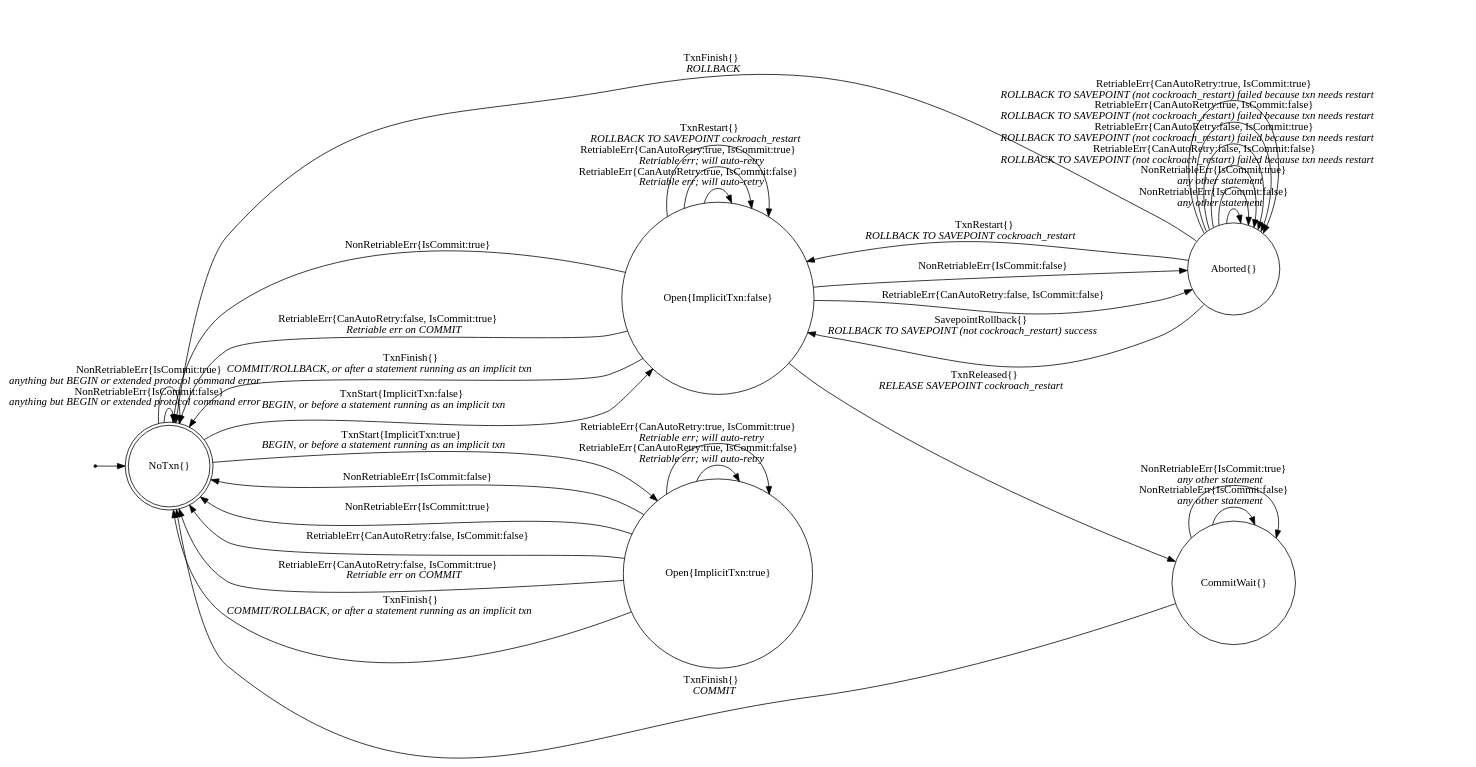
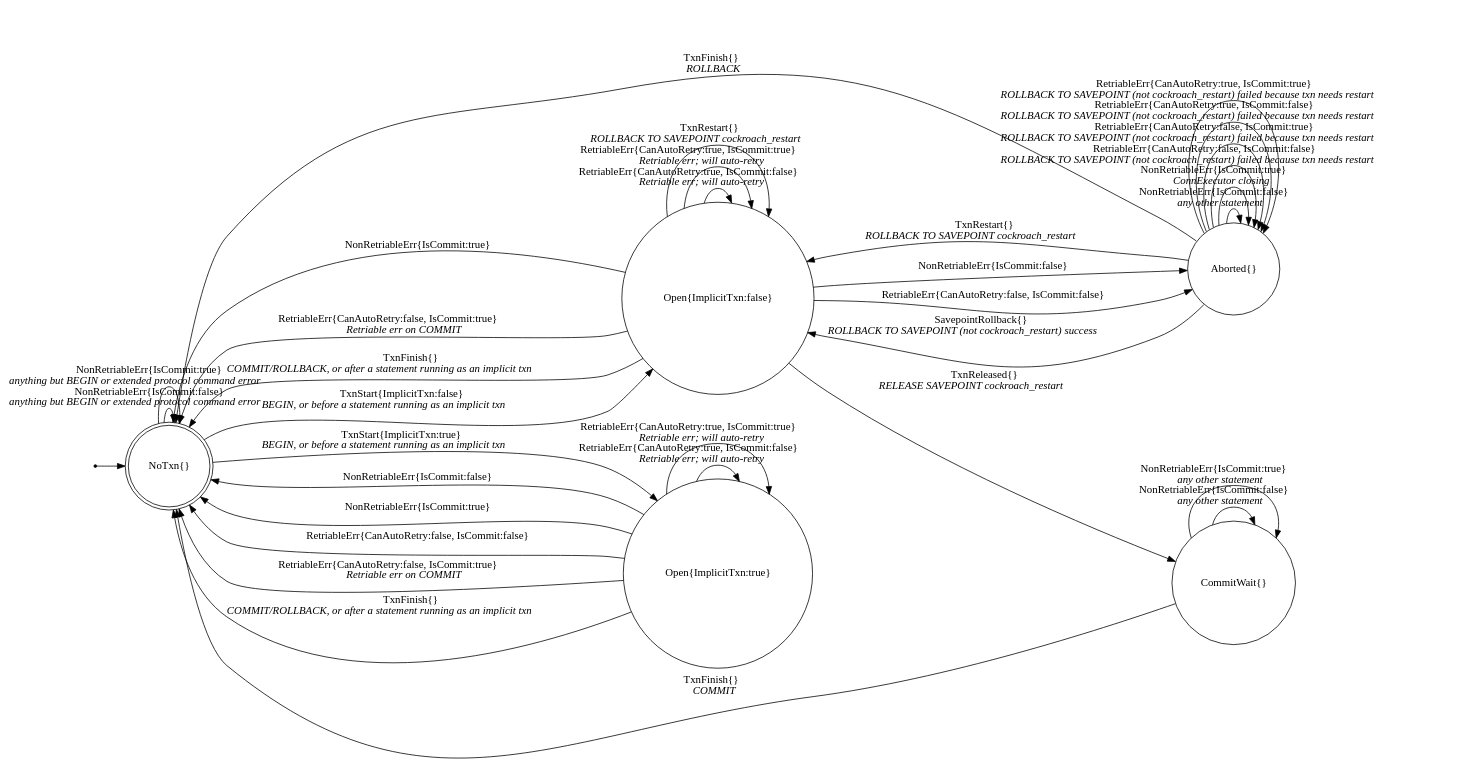
Before and after one commit to cockroachdb/cockroach: the diagram in pkg/sql/txnstatetransitions_diagram.gv, drawn with Graphviz. The commit also changed 3 other files, not shown here.

```diff
--- a/pkg/sql/txnstatetransitions_diagram.gv
+++ b/pkg/sql/txnstatetransitions_diagram.gv
@@ -1,48 +1,48 @@
 // Code generated by "../util/fsm/gen/reports.sh TxnStateTransitions stateNoTxn"; DO NOT EDIT.
 // To generate a .png file, run:
 // brew install cairo pango
 // brew install graphviz --with-pango
 // dot -Tpng txnstatetransitions_diagram.gv -o txnstatetransitions_diagram.png".
 
 // The Pango/Cairo renderer is needed for rendering our HTML labels.
 digraph finite_state_machine {
 	rankdir=LR;
 
 	node [shape = doublecircle]; "NoTxn{}";
 	node [shape = point ]; qi
 	qi -> "NoTxn{}";
 
 	node [shape = circle];
 	"Aborted{}" -> "Aborted{}" [label = <NonRetriableErr{IsCommit:false}<BR/><I>any other statement</I>>]
-	"Aborted{}" -> "Aborted{}" [label = <NonRetriableErr{IsCommit:true}<BR/><I>any other statement</I>>]
+	"Aborted{}" -> "Aborted{}" [label = <NonRetriableErr{IsCommit:true}<BR/><I>ConnExecutor closing</I>>]
 	"Aborted{}" -> "Aborted{}" [label = <RetriableErr{CanAutoRetry:false, IsCommit:false}<BR/><I>ROLLBACK TO SAVEPOINT (not cockroach_restart) failed because txn needs restart</I>>]
 	"Aborted{}" -> "Aborted{}" [label = <RetriableErr{CanAutoRetry:false, IsCommit:true}<BR/><I>ROLLBACK TO SAVEPOINT (not cockroach_restart) failed because txn needs restart</I>>]
 	"Aborted{}" -> "Aborted{}" [label = <RetriableErr{CanAutoRetry:true, IsCommit:false}<BR/><I>ROLLBACK TO SAVEPOINT (not cockroach_restart) failed because txn needs restart</I>>]
 	"Aborted{}" -> "Aborted{}" [label = <RetriableErr{CanAutoRetry:true, IsCommit:true}<BR/><I>ROLLBACK TO SAVEPOINT (not cockroach_restart) failed because txn needs restart</I>>]
 	"Aborted{}" -> "Open{ImplicitTxn:false}" [label = <SavepointRollback{}<BR/><I>ROLLBACK TO SAVEPOINT (not cockroach_restart) success</I>>]
 	"Aborted{}" -> "NoTxn{}" [label = <TxnFinish{}<BR/><I>ROLLBACK</I>>]
 	"Aborted{}" -> "Open{ImplicitTxn:false}" [label = <TxnRestart{}<BR/><I>ROLLBACK TO SAVEPOINT cockroach_restart</I>>]
 	"CommitWait{}" -> "CommitWait{}" [label = <NonRetriableErr{IsCommit:false}<BR/><I>any other statement</I>>]
 	"CommitWait{}" -> "CommitWait{}" [label = <NonRetriableErr{IsCommit:true}<BR/><I>any other statement</I>>]
 	"CommitWait{}" -> "NoTxn{}" [label = <TxnFinish{}<BR/><I>COMMIT</I>>]
 	"NoTxn{}" -> "NoTxn{}" [label = <NonRetriableErr{IsCommit:false}<BR/><I>anything but BEGIN or extended protocol command error</I>>]
 	"NoTxn{}" -> "NoTxn{}" [label = <NonRetriableErr{IsCommit:true}<BR/><I>anything but BEGIN or extended protocol command error</I>>]
 	"NoTxn{}" -> "Open{ImplicitTxn:false}" [label = <TxnStart{ImplicitTxn:false}<BR/><I>BEGIN, or before a statement running as an implicit txn</I>>]
 	"NoTxn{}" -> "Open{ImplicitTxn:true}" [label = <TxnStart{ImplicitTxn:true}<BR/><I>BEGIN, or before a statement running as an implicit txn</I>>]
 	"Open{ImplicitTxn:false}" -> "Aborted{}" [label = "NonRetriableErr{IsCommit:false}"]
 	"Open{ImplicitTxn:false}" -> "NoTxn{}" [label = "NonRetriableErr{IsCommit:true}"]
 	"Open{ImplicitTxn:false}" -> "Aborted{}" [label = "RetriableErr{CanAutoRetry:false, IsCommit:false}"]
 	"Open{ImplicitTxn:false}" -> "NoTxn{}" [label = <RetriableErr{CanAutoRetry:false, IsCommit:true}<BR/><I>Retriable err on COMMIT</I>>]
 	"Open{ImplicitTxn:false}" -> "Open{ImplicitTxn:false}" [label = <RetriableErr{CanAutoRetry:true, IsCommit:false}<BR/><I>Retriable err; will auto-retry</I>>]
 	"Open{ImplicitTxn:false}" -> "Open{ImplicitTxn:false}" [label = <RetriableErr{CanAutoRetry:true, IsCommit:true}<BR/><I>Retriable err; will auto-retry</I>>]
 	"Open{ImplicitTxn:false}" -> "NoTxn{}" [label = <TxnFinish{}<BR/><I>COMMIT/ROLLBACK, or after a statement running as an implicit txn</I>>]
 	"Open{ImplicitTxn:false}" -> "CommitWait{}" [label = <TxnReleased{}<BR/><I>RELEASE SAVEPOINT cockroach_restart</I>>]
 	"Open{ImplicitTxn:false}" -> "Open{ImplicitTxn:false}" [label = <TxnRestart{}<BR/><I>ROLLBACK TO SAVEPOINT cockroach_restart</I>>]
 	"Open{ImplicitTxn:true}" -> "NoTxn{}" [label = "NonRetriableErr{IsCommit:false}"]
 	"Open{ImplicitTxn:true}" -> "NoTxn{}" [label = "NonRetriableErr{IsCommit:true}"]
 	"Open{ImplicitTxn:true}" -> "NoTxn{}" [label = "RetriableErr{CanAutoRetry:false, IsCommit:false}"]
 	"Open{ImplicitTxn:true}" -> "NoTxn{}" [label = <RetriableErr{CanAutoRetry:false, IsCommit:true}<BR/><I>Retriable err on COMMIT</I>>]
 	"Open{ImplicitTxn:true}" -> "Open{ImplicitTxn:true}" [label = <RetriableErr{CanAutoRetry:true, IsCommit:false}<BR/><I>Retriable err; will auto-retry</I>>]
 	"Open{ImplicitTxn:true}" -> "Open{ImplicitTxn:true}" [label = <RetriableErr{CanAutoRetry:true, IsCommit:true}<BR/><I>Retriable err; will auto-retry</I>>]
 	"Open{ImplicitTxn:true}" -> "NoTxn{}" [label = <TxnFinish{}<BR/><I>COMMIT/ROLLBACK, or after a statement running as an implicit txn</I>>]
 }
```
